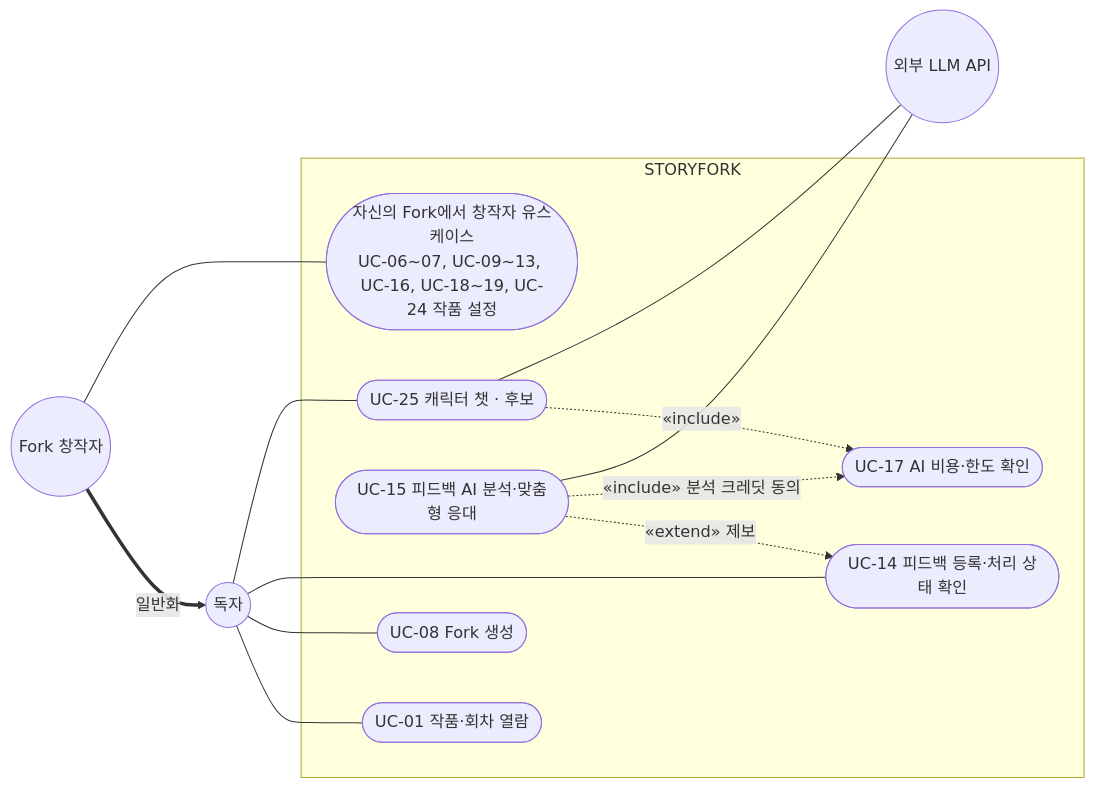
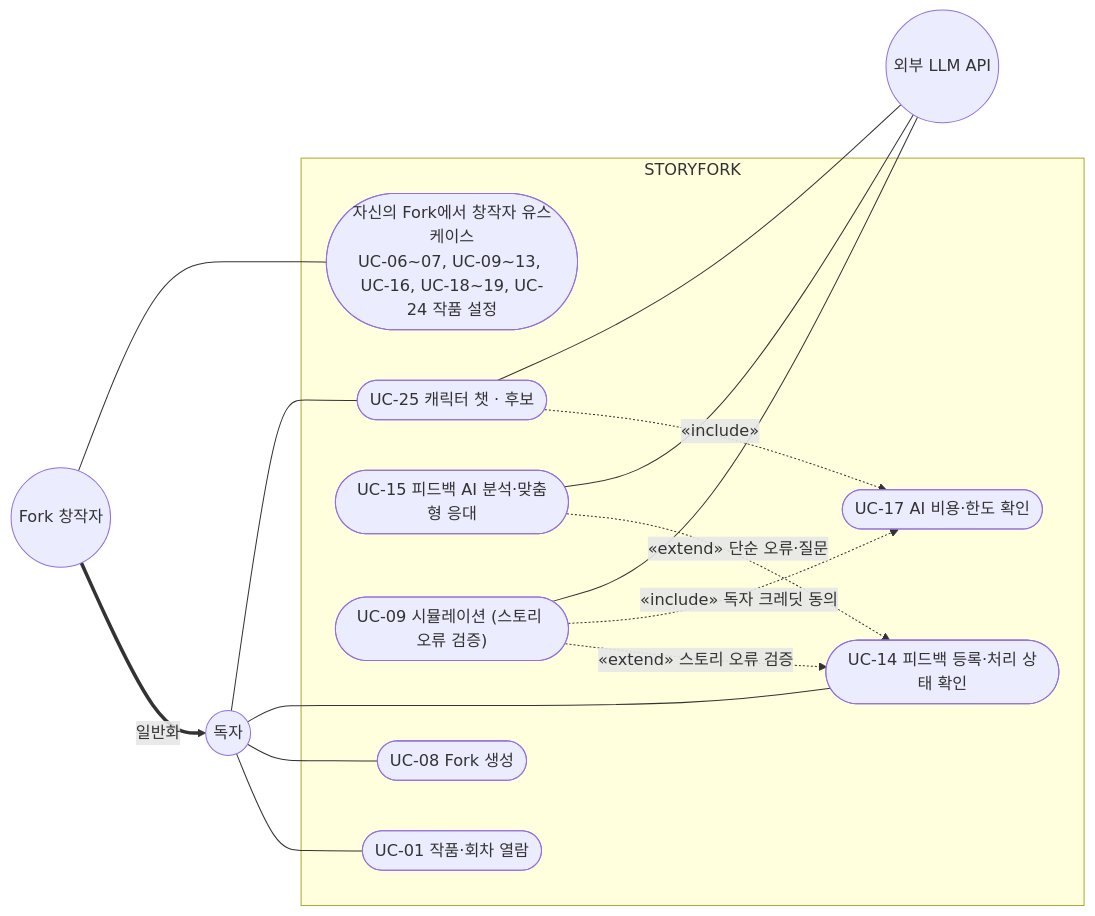
One commit to SKNETWORKS-FAMILY-AICAMP/SKN34-FINAL-4TEAM changed the third of 9 diagrams in docs/usecase.md. Above: the diagram before and after it, drawn with Mermaid. The commit also changed other lines of this file and 11 other files, not shown here.

````diff
--- a/docs/usecase.md
+++ b/docs/usecase.md
@@ -181,26 +181,29 @@
 ```mermaid
 flowchart LR
   R(("독자"))
   F(("Fork 창작자"))
   L(("외부 LLM API"))
   subgraph SYS["STORYFORK"]
     U01(["UC-01 작품·회차 열람"])
     U08(["UC-08 Fork 생성"])
     U14(["UC-14 피드백 등록·처리 상태 확인"])
     U15(["UC-15 피드백 AI 분석·맞춤형 응대"])
+    U09(["UC-09 시뮬레이션 (스토리 오류 검증)"])
     U17(["UC-17 AI 비용·한도 확인"])
     U25(["UC-25 캐릭터 챗 · 후보"])
     OWN(["자신의 Fork에서 창작자 유스케이스<br/>UC-06~07, UC-09~13, UC-16, UC-18~19, UC-24 작품 설정"])
   end
   R --- U01
   R --- U08
   R --- U14
-  U15 -.->|"«extend» 제보"| U14
-  U15 -.->|"«include» 분석 크레딧 동의"| U17
+  U15 -.->|"«extend» 단순 오류·질문"| U14
   U15 --- L
+  U09 -.->|"«extend» 스토리 오류 검증"| U14
+  U09 -.->|"«include» 독자 크레딧 동의"| U17
+  U09 --- L
   R --- U25
   U25 -.->|"«include»"| U17
   U25 --- L
   F ==>|"일반화"| R
   F --- OWN
 ```
````
